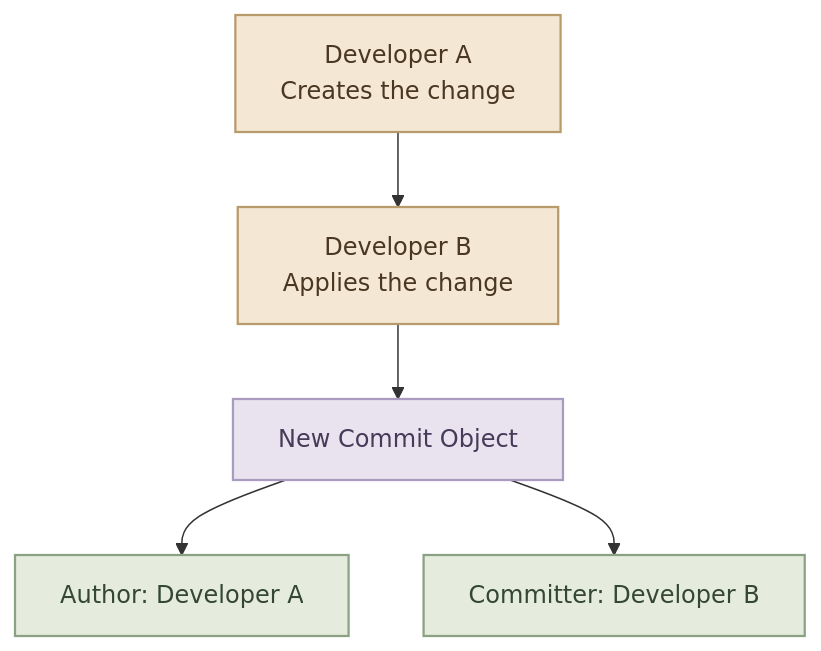
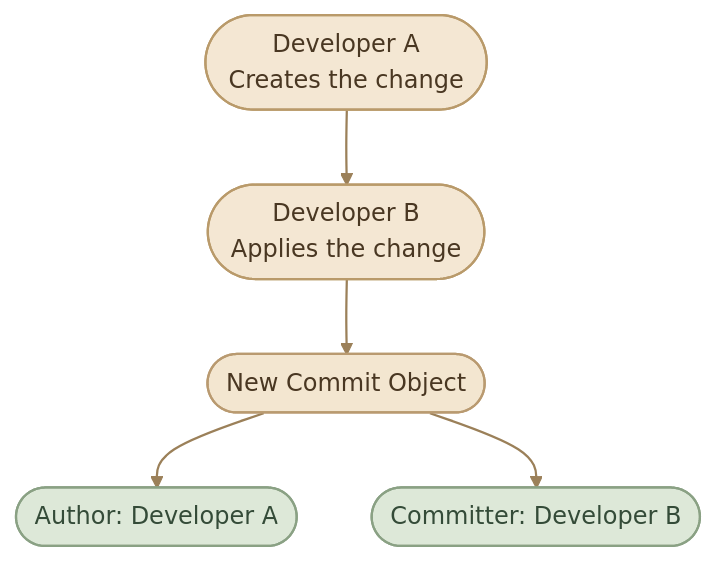
One commit to mustafammasoud/ops-handbook changed the second of 2 diagrams in content/version-control/Git and GitHub/commits-and-history.mdx. Above: the diagram before and after it, drawn with Mermaid. The commit also changed other lines of this file and 17 other files, not shown here.

````diff
--- a/content/version-control/Git and GitHub/commits-and-history.mdx
+++ b/content/version-control/Git and GitHub/commits-and-history.mdx
@@ -304,21 +314,23 @@
 ```mermaid
 flowchart TD
-    A["Developer A<br/>Creates the change"]
-    B["Developer B<br/>Applies the change"]
-    C["New Commit Object"]
-    D["Author: Developer A"]
-    E["Committer: Developer B"]
+    A(["Developer A<br/>Creates the change"])
+    B(["Developer B<br/>Applies the change"])
+    C(["New Commit Object"])
+    D(["Author: Developer A"])
+    E(["Committer: Developer B"])
 
     A --> B
     B --> C
     C --> D
     C --> E
 
     classDef developer fill:#F4E7D3,stroke:#B99A6A,color:#493722,stroke-width:1.5px
-    classDef commit fill:#E9E3F0,stroke:#A99ABF,color:#463B58,stroke-width:1.5px
-    classDef metadata fill:#E5EBDD,stroke:#8CA184,color:#344734,stroke-width:1.5px
+    classDef commit fill:#F3E6D0,stroke:#B99A70,color:#493722,stroke-width:1.5px
+    classDef metadata fill:#DDE8D8,stroke:#8AA184,color:#344B38,stroke-width:1.5px
 
     class A,B developer
     class C commit
     class D,E metadata
+
+    linkStyle default stroke:#9B8059,stroke-width:1.5px
 ```
````
